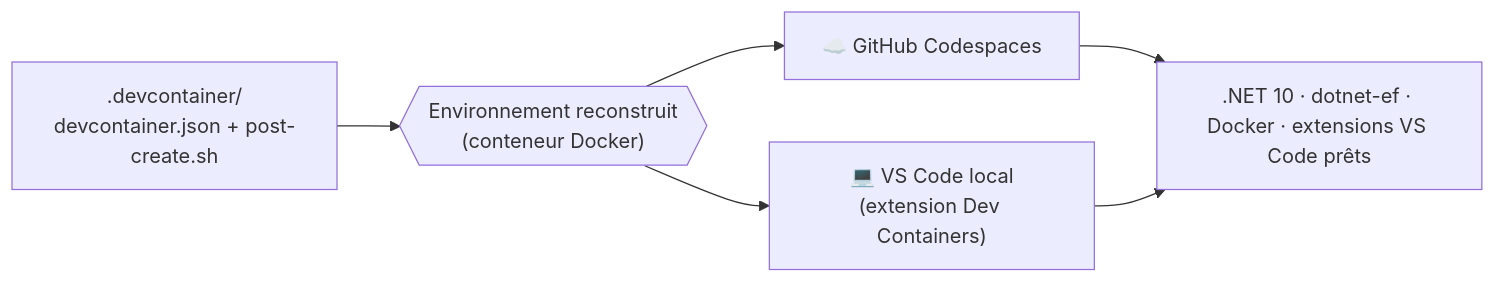
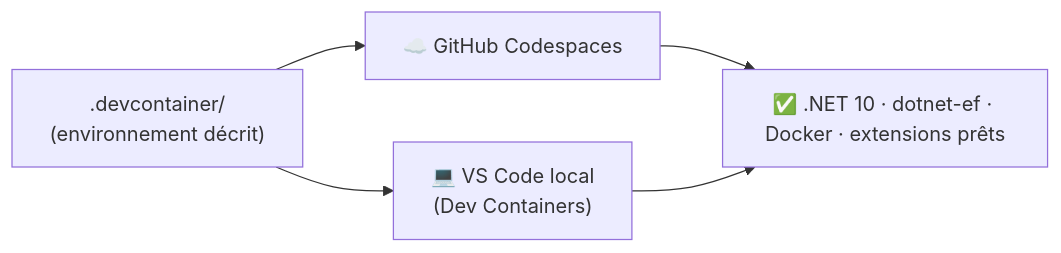
One commit to BTS1-SIO-SLAM-LSW/playlist-csharp changed the second of 2 diagrams in TP0_GUIDE.md. Above: the diagram before and after it, drawn with Mermaid. The commit also changed other lines of this file and 7 other files, not shown here.

````diff
--- a/TP0_GUIDE.md
+++ b/TP0_GUIDE.md
@@ -23,8 +53,7 @@
 ```mermaid
 flowchart LR
-    DC[".devcontainer/<br/>devcontainer.json + post-create.sh"] --> ENV{{"Environnement reconstruit<br/>(conteneur Docker)"}}
-    ENV --> CS["☁️ GitHub Codespaces"]
-    ENV --> LOCAL["💻 VS Code local<br/>(extension Dev Containers)"]
-    CS --> APP[".NET 10 · dotnet-ef · Docker · extensions VS Code prêts"]
+    DC[".devcontainer/<br/>(environnement décrit)"] --> CS["☁️ GitHub Codespaces"]
+    DC --> LOCAL["💻 VS Code local<br/>(Dev Containers)"]
+    CS --> APP["✅ .NET 10 · dotnet-ef · Docker · extensions prêts"]
     LOCAL --> APP
 ```
````
